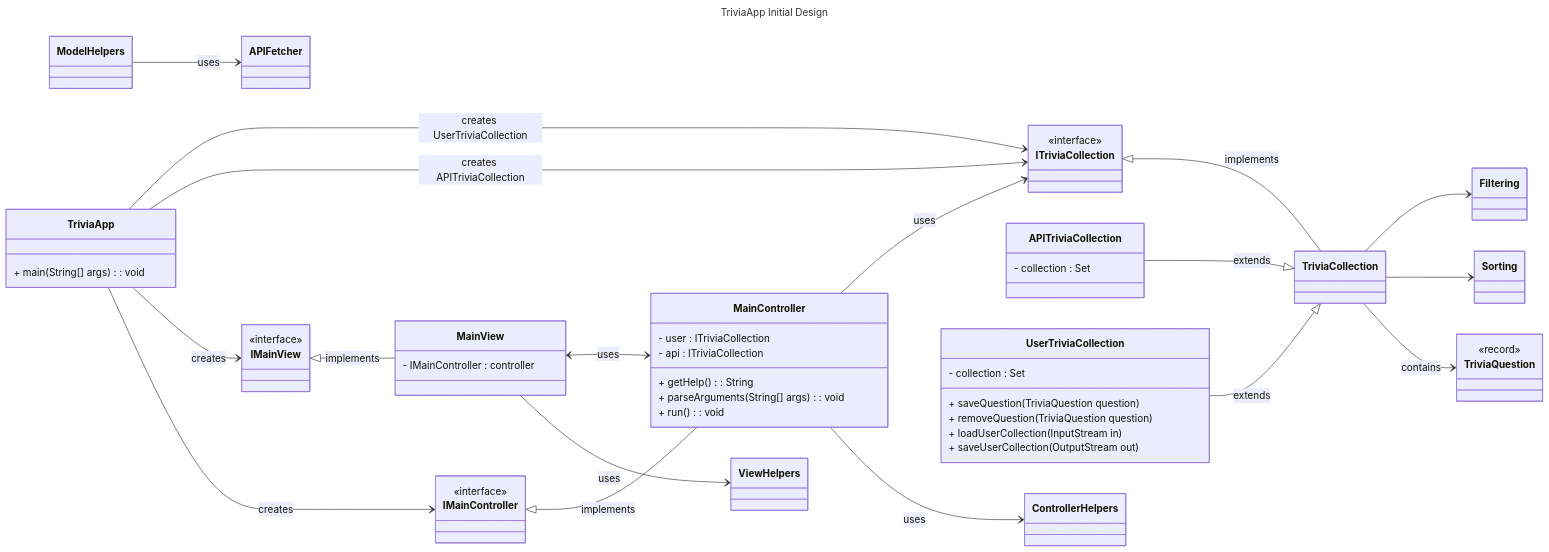
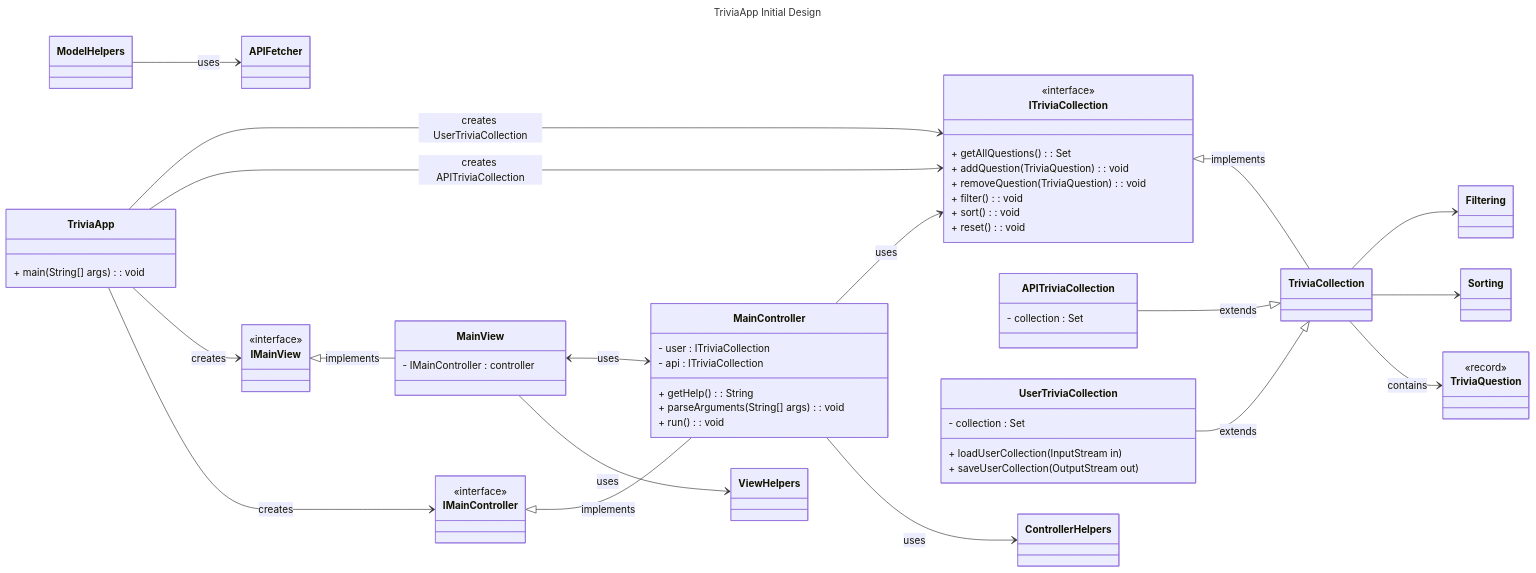
The diagram in DesignDocuments/InitialDesign.md (Su24-CS5004-Online-Lionelle/final-project-group-8), drawn with Mermaid before and after one commit. The commit also changed 1 other file, not shown here.

Commit message:
docs: added proposal questions and updated UML

```diff
--- a/DesignDocuments/InitialDesign.md
+++ b/DesignDocuments/InitialDesign.md
@@ -72,8 +72,6 @@
 
    class UserTriviaCollection {
       - collection : Set<TriviaQuestion>
-      + saveQuestion(TriviaQuestion question)
-      + removeQuestion(TriviaQuestion question)
       + loadUserCollection(InputStream in)
       + saveUserCollection(OutputStream out)
    }
@@ -84,7 +82,12 @@
 
    class ITriviaCollection {
       <<interface>>
-
+      + getAllQuestions() : Set<TriviaQuestion>
+      + addQuestion(TriviaQuestion) : void
+      + removeQuestion(TriviaQuestion) : void
+      + filter() : void
+      + sort() : void
+      + reset() : void
    }
 
    class TriviaCollection {
```
